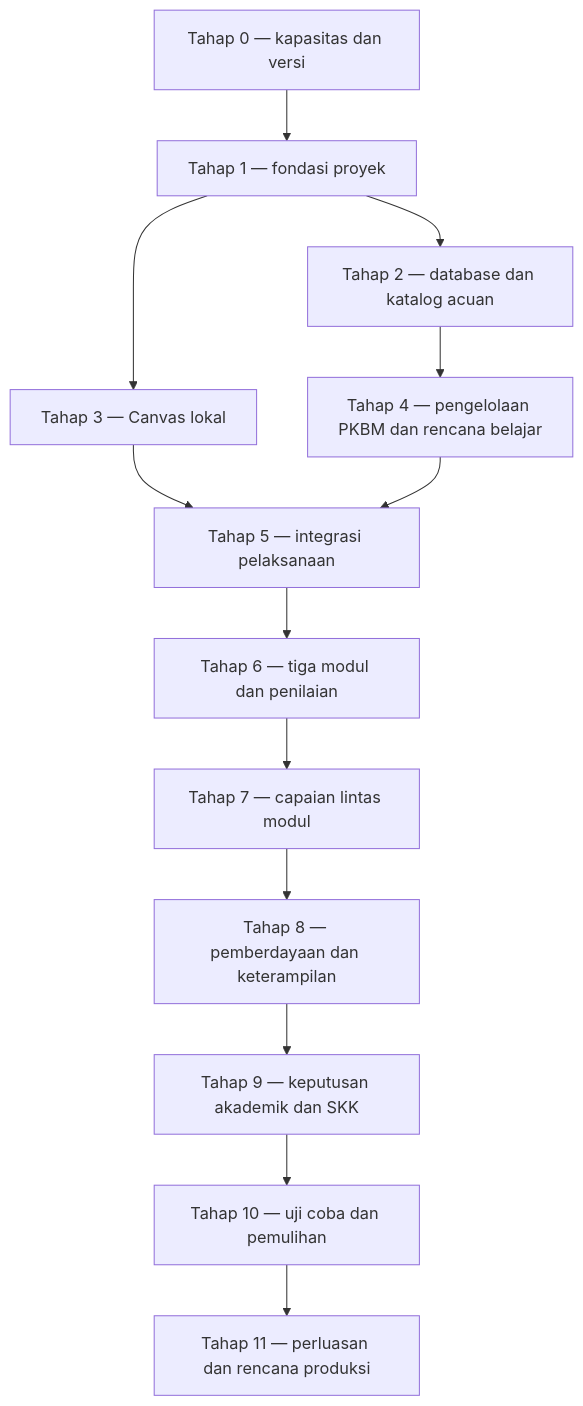
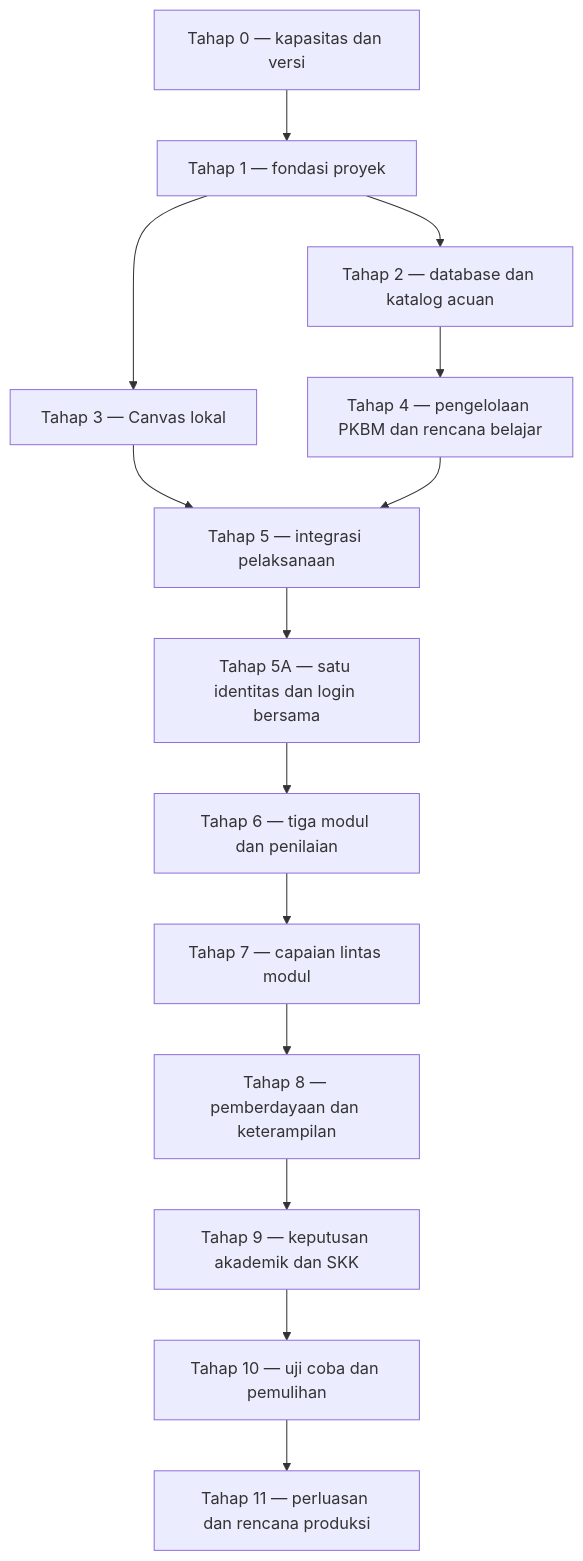
The diagram in docs/acuan/roadmap-implementasi-pkbm-canvas.md (dudinsdn/pkbm-canvas), drawn with Mermaid before and after one commit. The commit also changed other lines of this file and 56 other files, not shown here.

Commit message:
feat: implement shared OIDC identity and verified logout flows

````diff
--- a/docs/acuan/roadmap-implementasi-pkbm-canvas.md
+++ b/docs/acuan/roadmap-implementasi-pkbm-canvas.md
@@ -28,15 +28,16 @@
 ```mermaid
 flowchart TB
     P0[Tahap 0 — kapasitas dan versi] --> P1[Tahap 1 — fondasi proyek]
     P1 --> P2[Tahap 2 — database dan katalog acuan]
     P1 --> P3[Tahap 3 — Canvas lokal]
     P2 --> P4[Tahap 4 — pengelolaan PKBM dan rencana belajar]
     P3 --> P5[Tahap 5 — integrasi pelaksanaan]
     P4 --> P5
-    P5 --> P6[Tahap 6 — tiga modul dan penilaian]
+    P5 --> P5A[Tahap 5A — satu identitas dan login bersama]
+    P5A --> P6[Tahap 6 — tiga modul dan penilaian]
     P6 --> P7[Tahap 7 — capaian lintas modul]
     P7 --> P8[Tahap 8 — pemberdayaan dan keterampilan]
     P8 --> P9[Tahap 9 — keputusan akademik dan SKK]
     P9 --> P10[Tahap 10 — uji coba dan pemulihan]
     P10 --> P11[Tahap 11 — perluasan dan rencana produksi]
 ```
````
